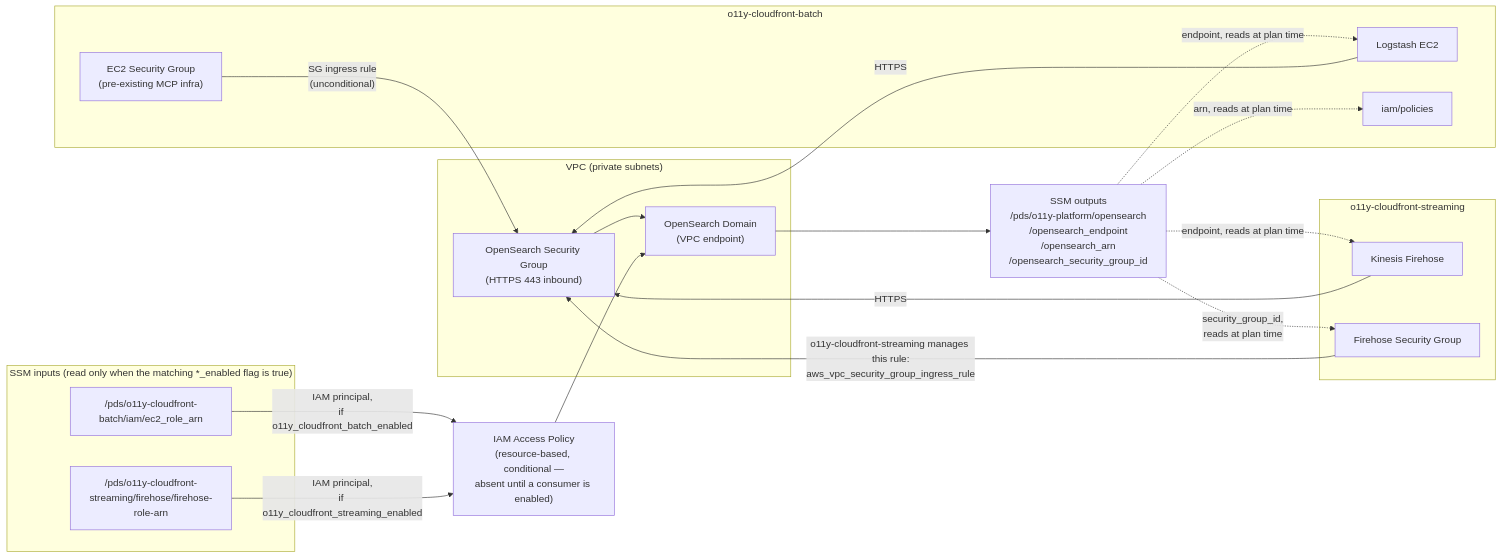
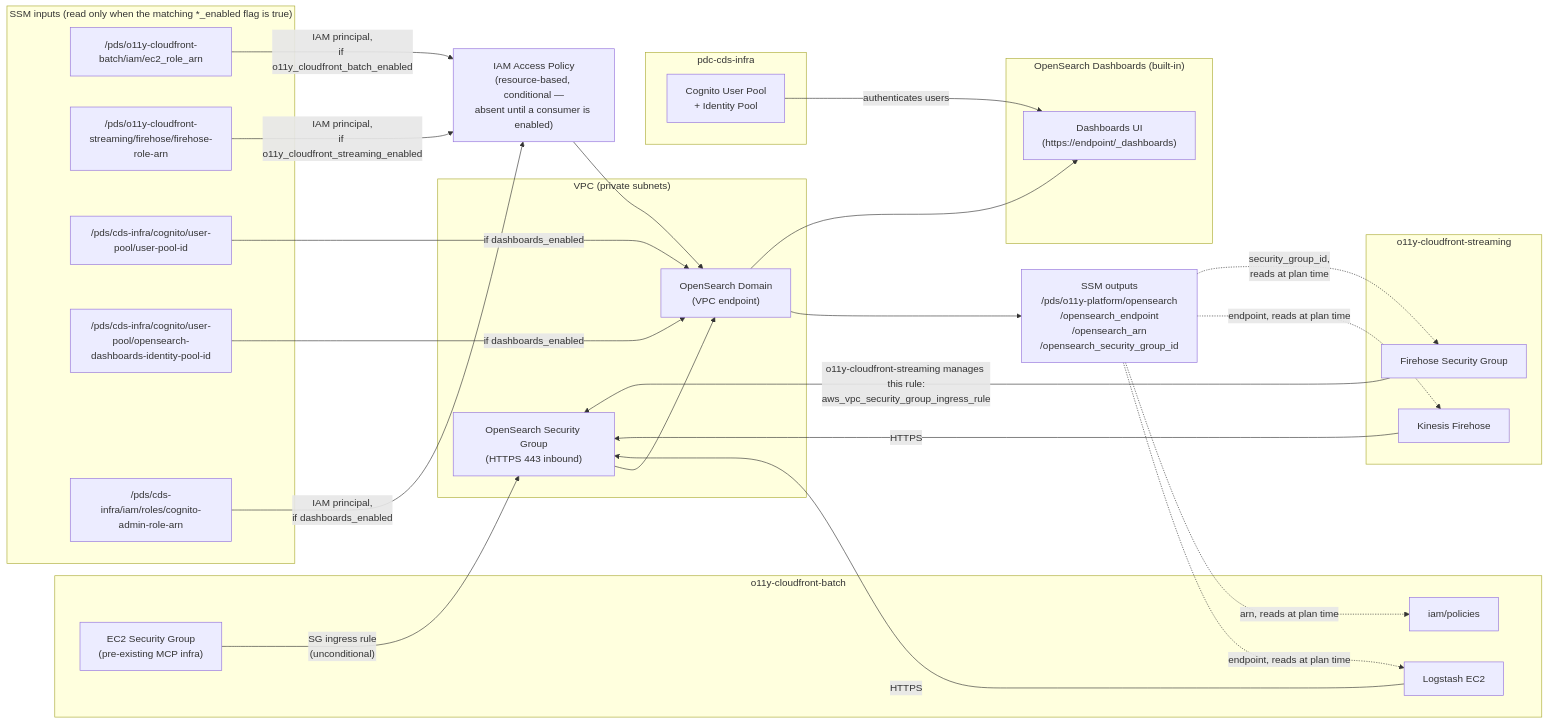
Before and after one commit to NASA-PDS/o11y-platform: the first of 2 diagrams in terraform/README.md, drawn with Mermaid. The commit also changed other lines of this file and 6 other files, not shown here.

First line of the commit message:
Add OpenSearch Dashboards support via Cognito auth

````diff
--- a/terraform/README.md
+++ b/terraform/README.md
@@ -7,40 +7,56 @@
 ```mermaid
 flowchart LR
     subgraph vpc["VPC (private subnets)"]
         SG["OpenSearch Security Group\n(HTTPS 443 inbound)"]
         OS["OpenSearch Domain\n(VPC endpoint)"]
     end
 
     subgraph ssm_in["SSM inputs (read only when the matching *_enabled flag is true)"]
         EC2ARN["/pds/o11y-cloudfront-batch/iam/ec2_role_arn"]
         FHARN["/pds/o11y-cloudfront-streaming/firehose/firehose-role-arn"]
+        COGUP["/pds/cds-infra/cognito/user-pool/user-pool-id"]
+        COGIP["/pds/cds-infra/cognito/user-pool/opensearch-dashboards-identity-pool-id"]
+        COGAR["/pds/cds-infra/iam/roles/cognito-admin-role-arn"]
     end
 
     POL["IAM Access Policy\n(resource-based, conditional —\nabsent until a consumer is enabled)"]
     SSM_OUT["SSM outputs\n/pds/o11y-platform/opensearch\n/opensearch_endpoint\n/opensearch_arn\n/opensearch_security_group_id"]
 
     subgraph wa["o11y-cloudfront-batch"]
         LS["Logstash EC2"]
         EC2SG["EC2 Security Group\n(pre-existing MCP infra)"]
         WAIAM["iam/policies"]
     end
 
     subgraph cf["o11y-cloudfront-streaming"]
         FH["Kinesis Firehose"]
         FHSG["Firehose Security Group"]
     end
 
+    subgraph dash["OpenSearch Dashboards (built-in)"]
+        DB["Dashboards UI\n(https://endpoint/_dashboards)"]
+    end
+
+    subgraph cds["pdc-cds-infra"]
+        COGPOOL["Cognito User Pool\n+ Identity Pool"]
+    end
+
     EC2SG -->|"SG ingress rule\n(unconditional)"| SG
     SG --> OS
     EC2ARN -->|"IAM principal,\nif o11y_cloudfront_batch_enabled"| POL
     FHARN -->|"IAM principal,\nif o11y_cloudfront_streaming_enabled"| POL
+    COGAR -->|"IAM principal,\nif dashboards_enabled"| POL
+    COGUP -->|"if dashboards_enabled"| OS
+    COGIP -->|"if dashboards_enabled"| OS
     POL --> OS
     OS --> SSM_OUT
+    OS --> DB
+    COGPOOL -->|"authenticates users"| DB
     SSM_OUT -.->|"endpoint, reads at plan time"| LS
     SSM_OUT -.->|"endpoint, reads at plan time"| FH
     SSM_OUT -.->|"arn, reads at plan time"| WAIAM
     SSM_OUT -.->|"security_group_id,\nreads at plan time"| FHSG
     FHSG -->|"o11y-cloudfront-streaming manages this rule:\naws_vpc_security_group_ingress_rule"| SG
     LS -->|"HTTPS"| SG
     FH -->|"HTTPS"| SG
 ```
````
